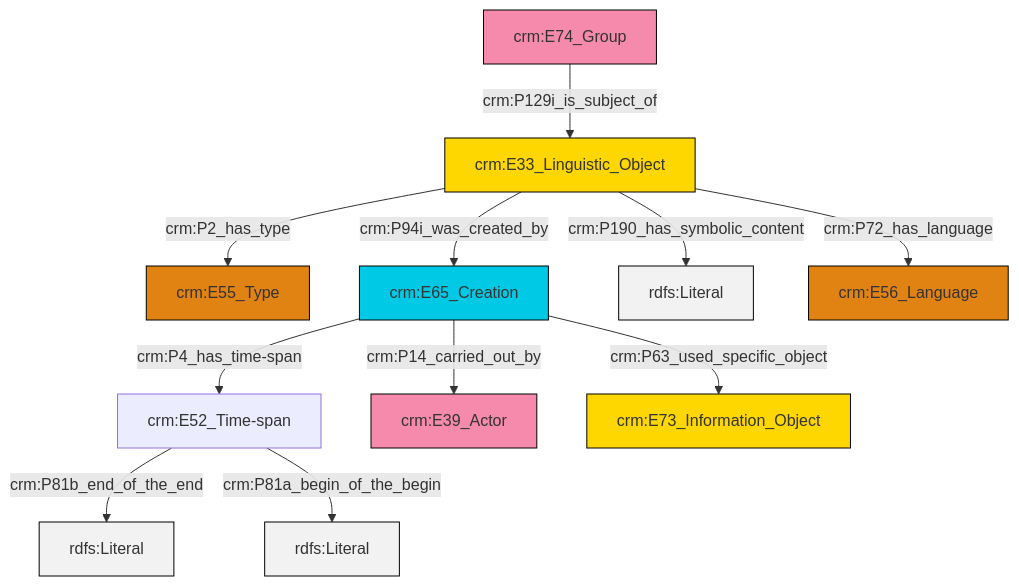
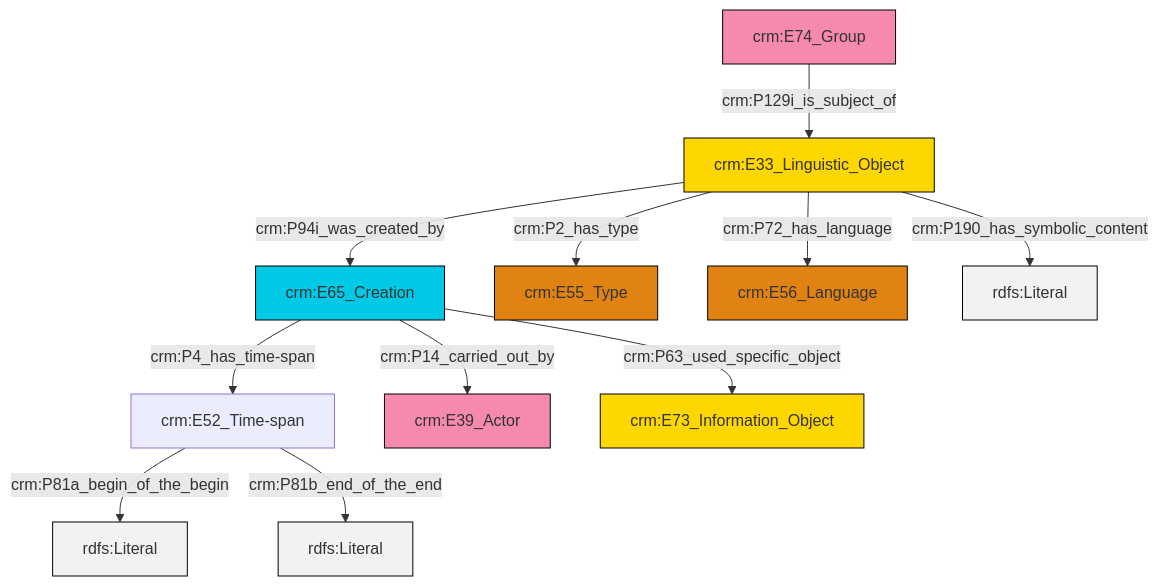
The diagram in et/groupCSV/ttl/mmd/group_description.ttl.mmd (swiss-art-research-net/docs.swissartresearch), drawn with Mermaid before and after one commit. The commit also changed 181 other files, not shown here.

```diff
--- a/et/groupCSV/ttl/mmd/group_description.ttl.mmd
+++ b/et/groupCSV/ttl/mmd/group_description.ttl.mmd
@@ -1,25 +1,25 @@
 graph TD
 classDef Literal fill:#f2f2f2,stroke:#000000;
 classDef CRM_Entity fill:#FFFFFF,stroke:#000000;
 classDef Temporal_Entity fill:#00C9E6, stroke:#000000;
 classDef Type fill:#E18312, stroke:#000000;
 classDef Time-Span fill:#2C9C91, stroke:#000000;
 classDef Appellation fill:#FFEB7F, stroke:#000000;
 classDef Place fill:#008836, stroke:#000000;
 classDef Persistent_Item fill:#B266B2, stroke:#000000;
 classDef Conceptual_Object fill:#FFD700, stroke:#000000;
 classDef Physical_Thing fill:#D2B48C, stroke:#000000;
 classDef Actor fill:#f58aad, stroke:#000000;
 classDef PC_Classes fill:#4ce600, stroke:#000000;
 classDef Multi fill:#cccccc,stroke:#000000;
 
-0["crm:E52_Time-span"]:::Default -->|crm:P81b_end_of_the_end| 1[rdfs:Literal]:::Literal
-3["crm:E33_Linguistic_Object"]:::Conceptual_Object -->|crm:P2_has_type| 4["crm:E55_Type"]:::Type
-5["crm:E65_Creation"]:::Temporal_Entity -->|crm:P4_has_time-span| 0["crm:E52_Time-span"]:::Default
-3["crm:E33_Linguistic_Object"]:::Conceptual_Object -->|crm:P94i_was_created_by| 5["crm:E65_Creation"]:::Temporal_Entity
-7["crm:E74_Group"]:::Actor -->|crm:P129i_is_subject_of| 3["crm:E33_Linguistic_Object"]:::Conceptual_Object
-5["crm:E65_Creation"]:::Temporal_Entity -->|crm:P14_carried_out_by| 8["crm:E39_Actor"]:::Actor
-3["crm:E33_Linguistic_Object"]:::Conceptual_Object -->|crm:P190_has_symbolic_content| 9[rdfs:Literal]:::Literal
-5["crm:E65_Creation"]:::Temporal_Entity -->|crm:P63_used_specific_object| 10["crm:E73_Information_Object"]:::Conceptual_Object
-3["crm:E33_Linguistic_Object"]:::Conceptual_Object -->|crm:P72_has_language| 13["crm:E56_Language"]:::Type
-0["crm:E52_Time-span"]:::Default -->|crm:P81a_begin_of_the_begin| 16[rdfs:Literal]:::Literal
+0["crm:E52_Time-span"]:::Default -->|crm:P81a_begin_of_the_begin| 1[rdfs:Literal]:::Literal
+0["crm:E52_Time-span"]:::Default -->|crm:P81b_end_of_the_end| 2[rdfs:Literal]:::Literal
+3["crm:E65_Creation"]:::Temporal_Entity -->|crm:P4_has_time-span| 0["crm:E52_Time-span"]:::Default
+4["crm:E33_Linguistic_Object"]:::Conceptual_Object -->|crm:P2_has_type| 5["crm:E55_Type"]:::Type
+9["crm:E74_Group"]:::Actor -->|crm:P129i_is_subject_of| 4["crm:E33_Linguistic_Object"]:::Conceptual_Object
+3["crm:E65_Creation"]:::Temporal_Entity -->|crm:P14_carried_out_by| 6["crm:E39_Actor"]:::Actor
+4["crm:E33_Linguistic_Object"]:::Conceptual_Object -->|crm:P72_has_language| 11["crm:E56_Language"]:::Type
+4["crm:E33_Linguistic_Object"]:::Conceptual_Object -->|crm:P94i_was_created_by| 3["crm:E65_Creation"]:::Temporal_Entity
+4["crm:E33_Linguistic_Object"]:::Conceptual_Object -->|crm:P190_has_symbolic_content| 15[rdfs:Literal]:::Literal
+3["crm:E65_Creation"]:::Temporal_Entity -->|crm:P63_used_specific_object| 17["crm:E73_Information_Object"]:::Conceptual_Object
```
